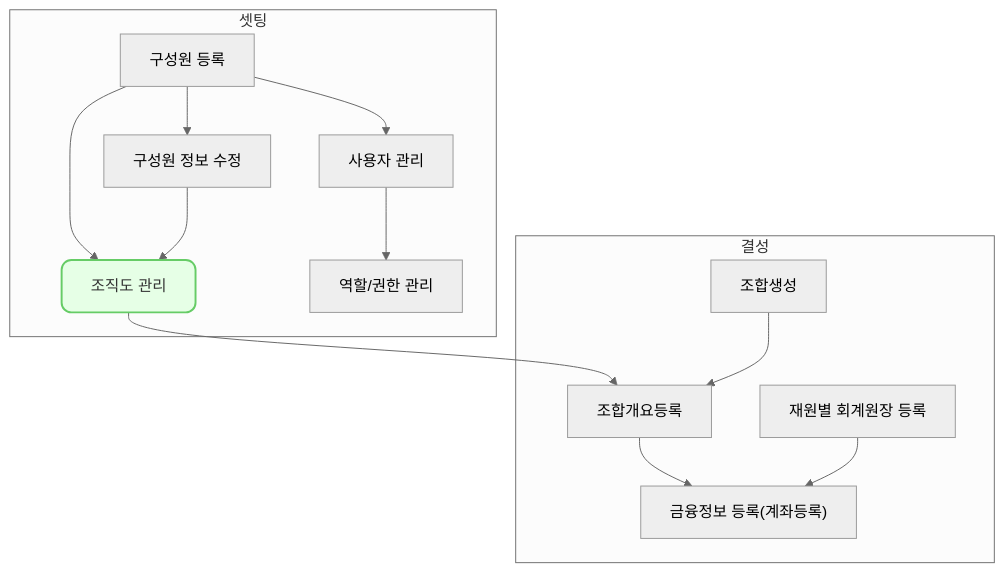
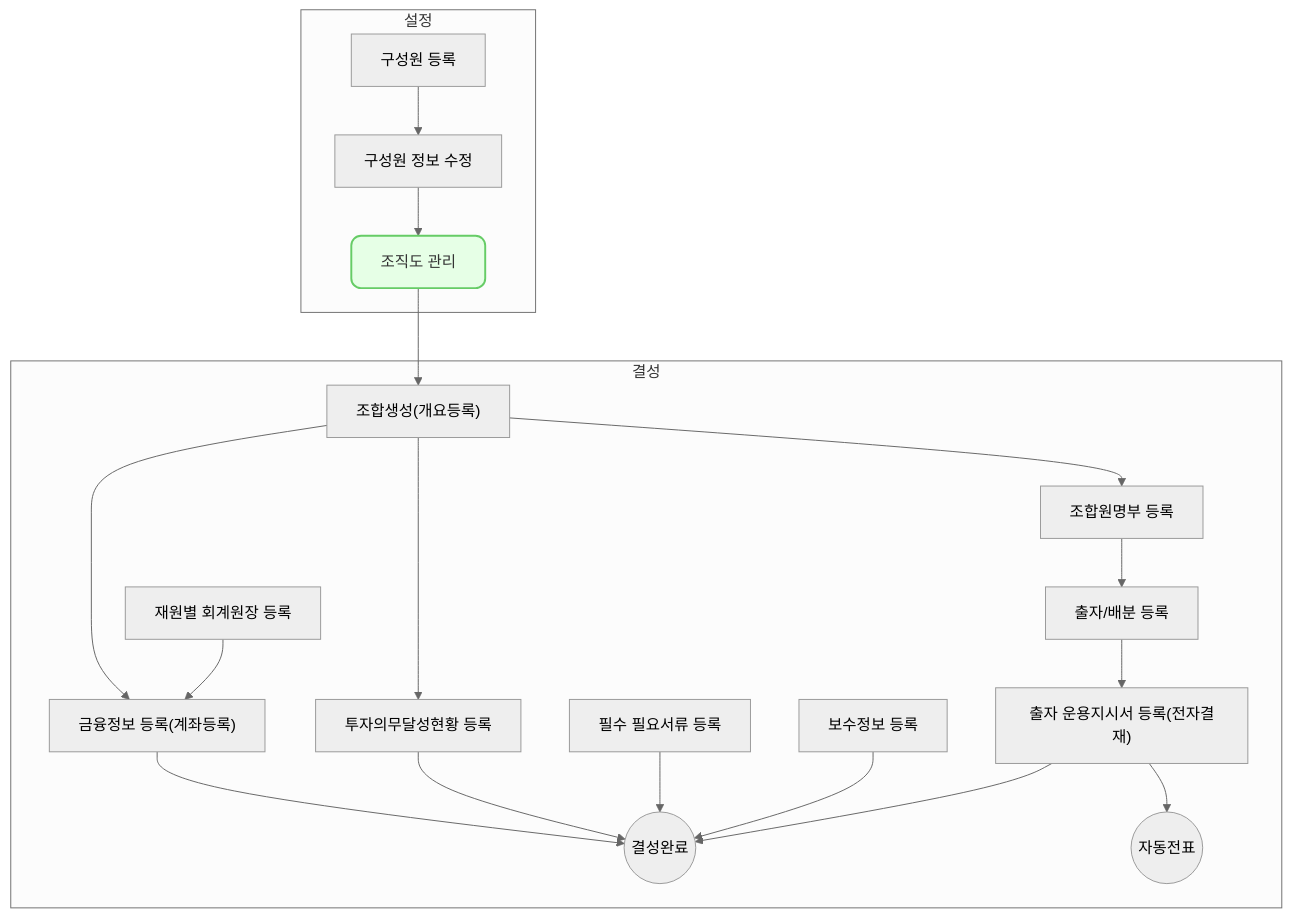
The diagram in _posts/2024-07-02-hr0007.md (cotes2020/jekyll-theme-chirpy), drawn with Mermaid (neutral theme) before and after one commit. The commit also changed 26 other files, not shown here.

````diff
--- a/_posts/2024-07-02-hr0007.md
+++ b/_posts/2024-07-02-hr0007.md
@@ -40,88 +40,82 @@
 ```mermaid
 flowchart TD
 
-    subgraph 셋팅["셋팅"]
+    subgraph 설정["설정"]
+        hr0001["구성원 등록"]
+        hr0002["구성원 정보 수정"]
+        hr0007["조직도 관리"]
 
-        hr0001["구성원 등록"]
+        hr0001 --> hr0002
+        hr0002 --> hr0007    
+    end
+    hr0007 --> fd0001
 
-        hr0002["구성원 정보 수정"]
+    subgraph 결성["결성"]
+        fd0001["조합생성(개요등록)"]
+        %% fd0009["조합개요등록"]
+        fd0010["투자의무달성현황 등록"]
+        fd0011["조합원명부 등록"]
+        fm0010["재원별 회계원장 등록"]
+        fd0009a["금융정보 등록(계좌등록)"]
+        fd0013["필수 필요서류 등록"]
+        fd0012["보수정보 등록"]
+        fd0000(("결성완료"))
 
-        hr0007["조직도 관리"]
-
-        se0005["사용자 관리"]
-
-        se0003["역할/권한 관리"]
-
-        hr0001 --> hr0002
-
-        hr0001 --> hr0007
-
-        hr0002 --> hr0007
-
-        hr0001 --> se0005
-
-        se0005 --> se0003
-
-    end
-
-  
-
-    subgraph 결성["결성"]
-
-        fd0001["조합생성"]
-
-        fd0009["조합개요등록"]
-
-        fm0010["재원별 회계원장 등록"]
-
-        fd0009a["금융정보 등록(계좌등록)"]
-
-        hr0007 --> fd0009
-
-        fd0001 --> fd0009        
-
-        fd0009 --> fd0009a
-
-        fm0010 --> fd0009a
-
-    end
-
-  
-  
-  
-
-    %% 셋팅 --> 결성
-
-click hr0001 "{% post_url 2024-07-02-hr0001 %}" " "
-
-click hr0002 "{% post_url 2024-07-02-hr0002 %}" " "
-
-click hr0007 "{% post_url 2024-07-02-hr0007 %}" " "
-
-click se0005 "{% post_url 2024-07-02-se0005 %}" " "
-
-click se0003 "{% post_url 2024-07-03-se0003 %}" " "
-
-click fd0001 "{% post_url 2024-07-04-fd0001 %}" " "
-
-click fd0010 "{% post_url 2024-07-04-fd0010 %}" " "
-
-click fd0011 "{% post_url 2024-07-04-fd0011 %}" " "
-
-click fm0010 "{% post_url 2024-07-04-fm0010 %}" " "
-
-click fd0009a "{% post_url 2024-07-05-fd0009a %}" " "
-
-click fd0013 "{% post_url 2024-07-05-fd0013 %}" " "
-
-click fd0012 "{% post_url 2024-07-06-fd0012 %}" " "
-
-click fd0006 "{% post_url 2024-07-07-fd0006 %}" " "
-
-click oi0002 "{% post_url 2024-07-07-oi0002 %}" " "
+        
+        %% fd0001 --> fd0001
+        fd0001 --> fd0010
+        fd0001 --> fd0011 
+        fd0001 --> fd0009a 
+        fm0010 --> fd0009a
 
 
-  
+        fd0009a-->fd0000
+        fd0010-->fd0000
+        fd0013-->fd0000
+        fd0012-->fd0000
+
+        fd0006["출자/배분 등록"]
+        oi0002["출자 운용지시서 등록(전자결재)"]
+        fm0001a(("자동전표"))
+
+        %% fd0000 --> fd0006
+        fd0011 --> fd0006
+        fd0006 --> oi0002 
+        oi0002 --> fm0001a
+        oi0002 --> fd0000
+
+    end
+
+    
+click hr0001 "{% post_url 2024-07-02-hr0001 %}" " "
+click hr0002 "{% post_url 2024-07-02-hr0002 %}" " "
+click hr0007 "{% post_url 2024-07-02-hr0007 %}" " "
+click se0005 "{% post_url 2024-07-02-se0005 %}" " "
+click se0003 "{% post_url 2024-07-03-se0003 %}" " "
+click fd0001 "{% post_url 2024-07-04-fd0001 %}" " "
+click fd0010 "{% post_url 2024-07-04-fd0010 %}" " "
+click fd0011 "{% post_url 2024-07-04-fd0011 %}" " "
+click fm0010 "{% post_url 2024-07-04-fm0010 %}" " "
+click fd0009a "{% post_url 2024-07-05-fd0009a %}" " "
+click fd0013 "{% post_url 2024-07-05-fd0013 %}" " "
+click fd0012 "{% post_url 2024-07-06-fd0012 %}" " "
+click fd0006 "{% post_url 2024-07-07-fd0006 %}" " "
+click oi0002 "{% post_url 2024-07-07-oi0002 %}" " "
+click wr0003 "{% post_url 2024-07-09-wr0003 %}" " "
+click vs0003 "{% post_url 2024-07-10-vs0003 %}" " "
+click vs0006 "{% post_url 2024-07-11-vs0006 %}" " "
+click ed0001a "{% post_url 2024-07-12-ed0001a %}" " "
+click oi0003 "{% post_url 2024-07-13-oi0003 %}" " "
+click vs0009 "{% post_url 2024-07-14-vs0009 %}" " "
+click pm0001 "{% post_url 2024-07-15-pm0001 %}" " "
+click pm0004 "{% post_url 2024-07-16-pm0004 %}" " "
+click fm0002 "{% post_url 2024-07-17-fm0002 %}" " "
+click ex0001 "{% post_url 2024-07-18-ex0001 %}" " "
+click oi0001 "{% post_url 2024-07-19-oi0001 %}" " "
+click ex0007 "{% post_url 2024-07-20-ex0007 %}" " "
+click ex0009 "{% post_url 2024-07-21-ex0009 %}" " "
+click ex0009a "{% post_url 2024-07-22-ex0009a %}" " "
+click fm0002a "{% post_url 2024-07-23-fm0002 %}" " "
 
 style hr0007 fill:#e6ffe6,stroke:#66cc66,stroke-width:2px,rx:10,ry:10,color:#333333,fontColor:#333333
 ```
````
